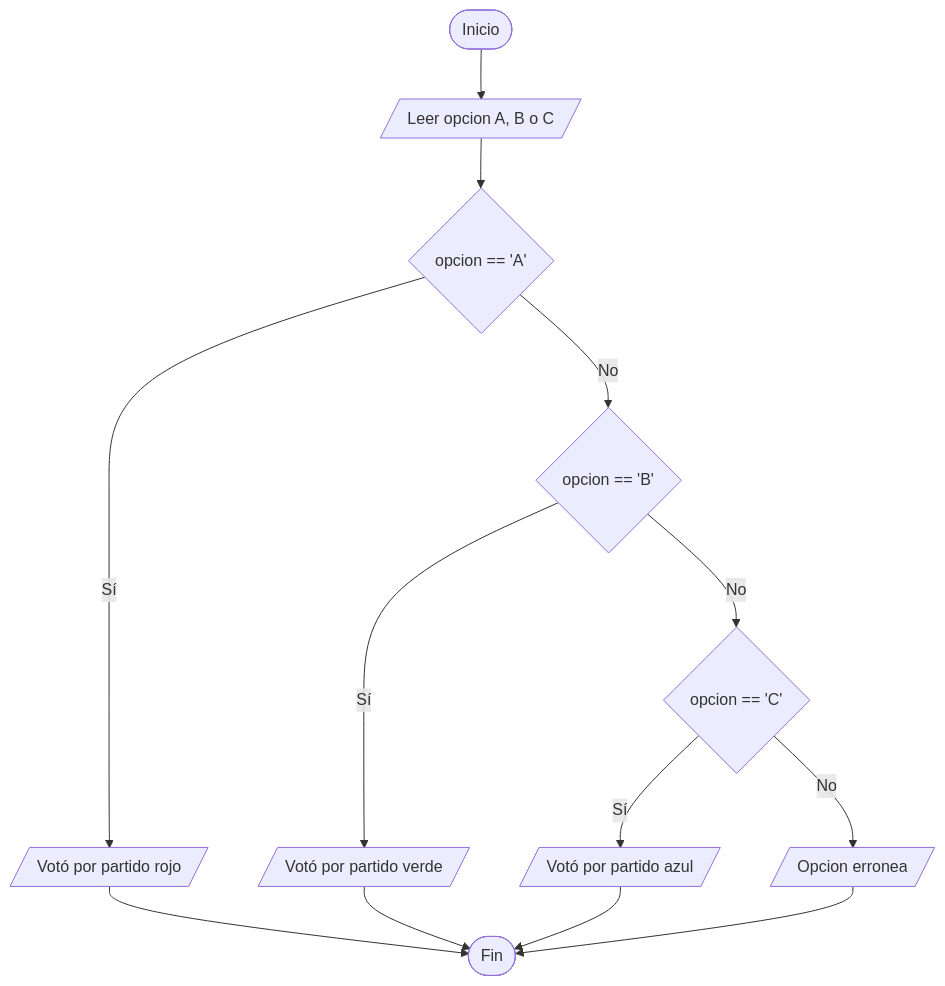
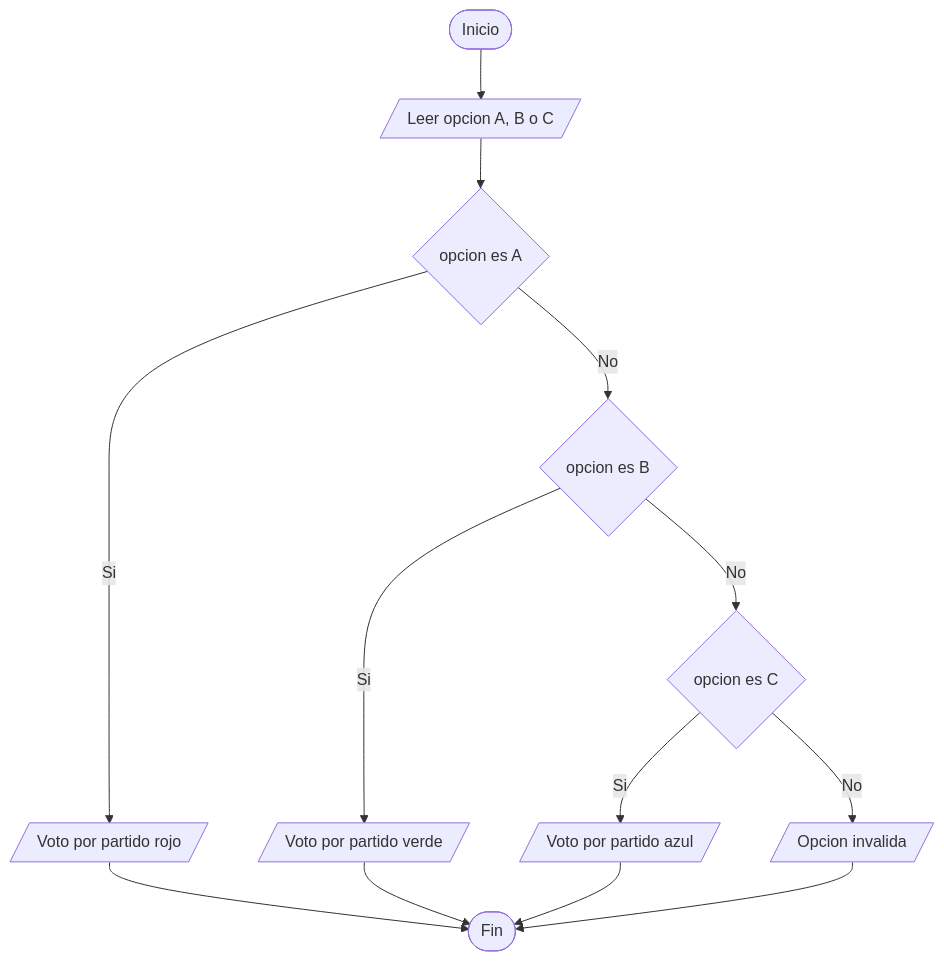
Before and after one commit to leslyquintero-eng/Taller-Condicionales-UTP: the eighth of 9 diagrams in diagramas.md, drawn with Mermaid. The commit also changed other lines of this file, not shown here.

Commit message:
Update flowchart text for clarity and consistency

````diff
--- a/diagramas.md
+++ b/diagramas.md
@@ -101,15 +100,15 @@
 ```mermaid
 graph TD
     A([Inicio]) --> B[/Leer opcion A, B o C/]
-    B --> C{opcion == 'A'}
-    C -- Sí --> D[/Votó por partido rojo/]
-    C -- No --> E{opcion == 'B'}
-    E -- Sí --> F[/Votó por partido verde/]
-    E -- No --> G{opcion == 'C'}
-    G -- Sí --> H[/Votó por partido azul/]
-    G -- No --> I[/Opcion erronea/]
+    B --> C{opcion es A}
+    C -- Si --> D[/Voto por partido rojo/]
+    C -- No --> E{opcion es B}
+    E -- Si --> F[/Voto por partido verde/]
+    E -- No --> G{opcion es C}
+    G -- Si --> H[/Voto por partido azul/]
+    G -- No --> I[/Opcion invalida/]
     D --> J([Fin])
     F --> J
     H --> J
     I --> J
 ```
````
